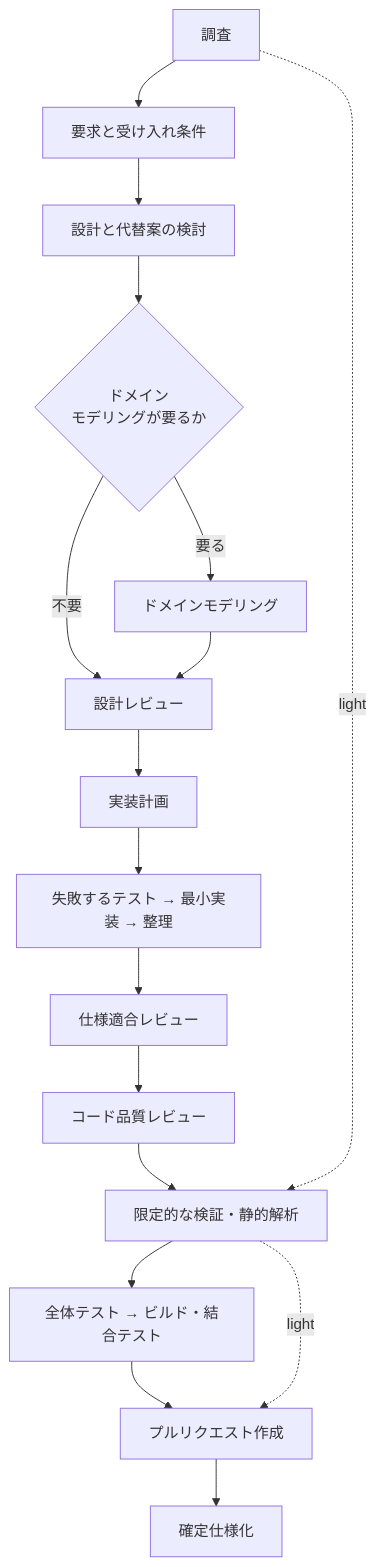
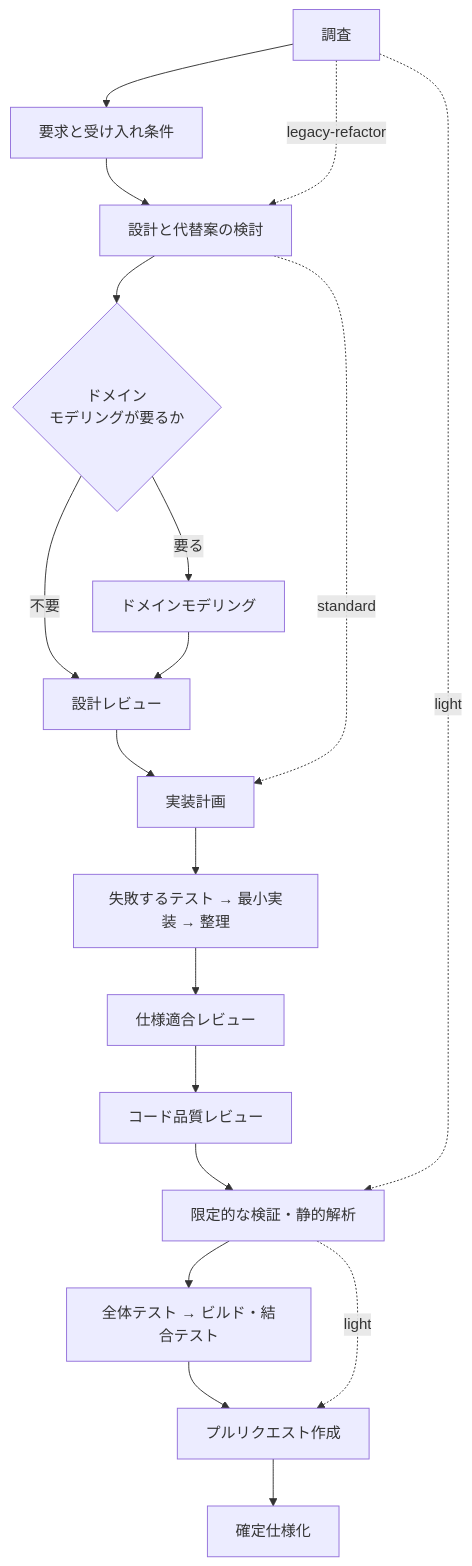
The diagram in plugins/ndf-shared/skills/development-workflow/SKILL.md (devbasex/ai-plugins), drawn with Mermaid before and after one commit. The commit also changed other lines of this file, not shown here.

First line of the commit message:
Fix: 必須工程と設計工程の記載を表・図と揃える

````diff
--- a/plugins/ndf-shared/skills/development-workflow/SKILL.md
+++ b/plugins/ndf-shared/skills/development-workflow/SKILL.md
@@ -81,19 +88,21 @@
 ```mermaid
 flowchart TD
     A[調査] --> B[要求と受け入れ条件]
     B --> C[設計と代替案の検討]
     C --> D{ドメイン<br/>モデリングが要るか}
     D -->|要る| E[ドメインモデリング]
     D -->|不要| F[設計レビュー]
     E --> F
     F --> G[実装計画]
     G --> H[失敗するテスト → 最小実装 → 整理]
     H --> I[仕様適合レビュー]
     I --> J[コード品質レビュー]
     J --> K[限定的な検証・静的解析]
     K --> N[全体テスト → ビルド・結合テスト]
     N --> L[プルリクエスト作成]
     L --> M[確定仕様化]
+    C -.->|standard| G
+    A -.->|legacy-refactor| C
     A -.->|light| K
     K -.->|light| L
 ```
````
